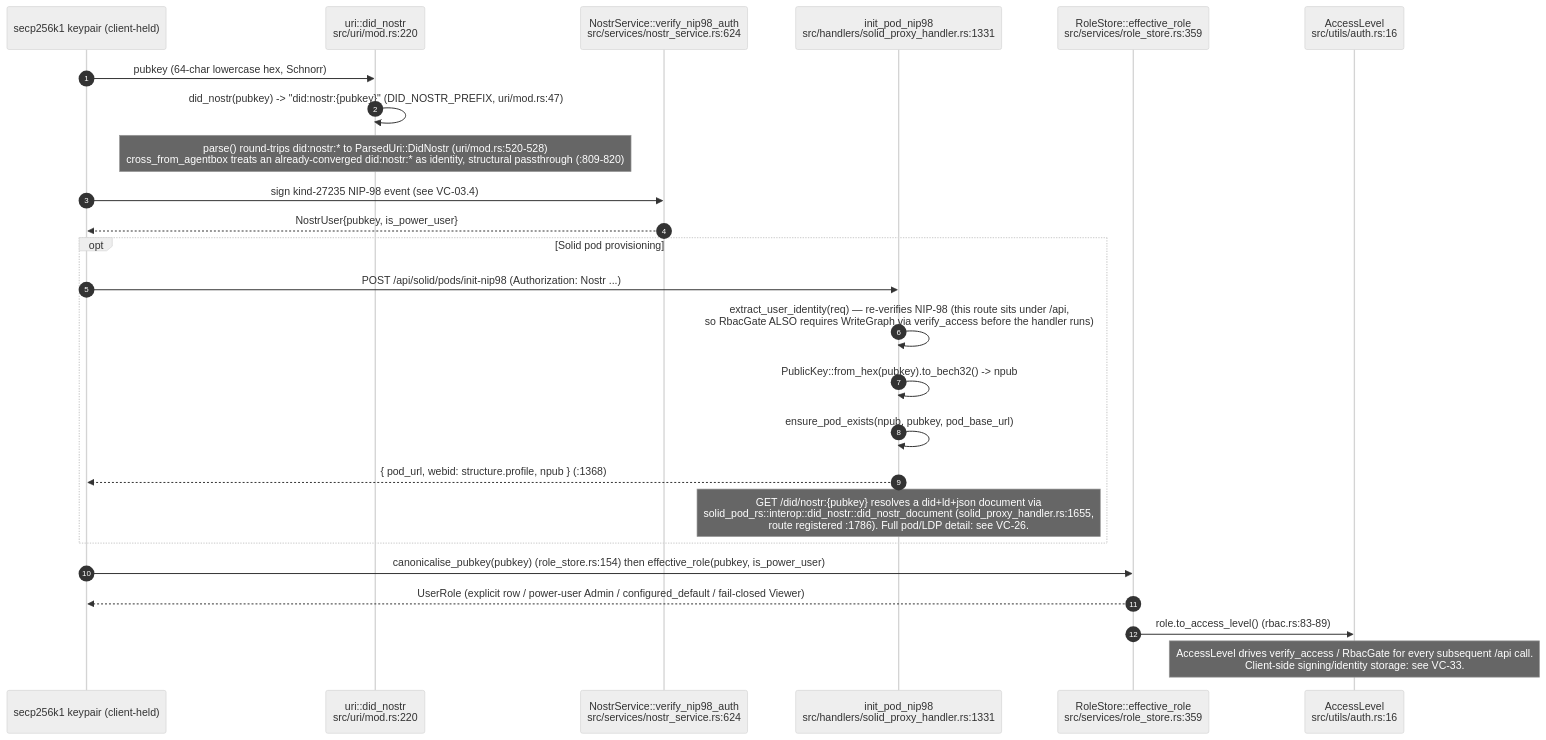
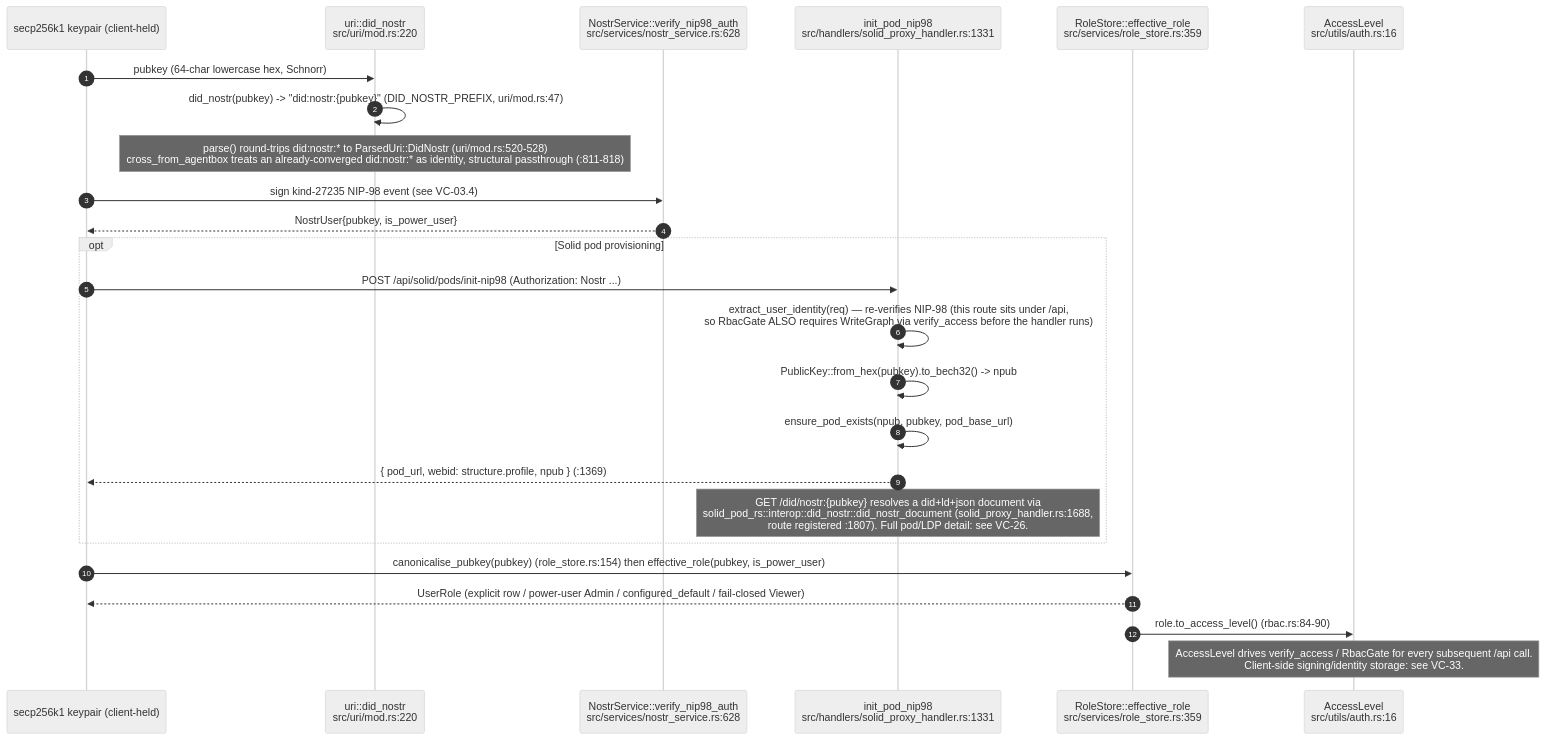
One commit to DreamLab-AI/VisionFlow changed diagram 12 of 14 in docs/diagrams/visionclaw/03-request-lifecycle-and-rbac.md. Above: the diagram before and after it, drawn with Mermaid (neutral theme). The commit also changed other lines of this file and 20 other files, not shown here.

Commit message:
docs(diagrams): reflect the S-3, S-7c/d/f and S-4(3) fixes in the corpus

````diff
--- a/docs/diagrams/visionclaw/03-request-lifecycle-and-rbac.md
+++ b/docs/diagrams/visionclaw/03-request-lifecycle-and-rbac.md
@@ -504,28 +538,28 @@
 ```mermaid
 sequenceDiagram
     autonumber
     participant K as secp256k1 keypair (client-held)
     participant U as uri::did_nostr<br/>src/uri/mod.rs:220
-    participant NS as NostrService::verify_nip98_auth<br/>src/services/nostr_service.rs:624
+    participant NS as NostrService::verify_nip98_auth<br/>src/services/nostr_service.rs:628
     participant SP as init_pod_nip98<br/>src/handlers/solid_proxy_handler.rs:1331
     participant RS as RoleStore::effective_role<br/>src/services/role_store.rs:359
     participant AL as AccessLevel<br/>src/utils/auth.rs:16
 
     K->>U: pubkey (64-char lowercase hex, Schnorr)
     U->>U: did_nostr(pubkey) -> "did:nostr:{pubkey}" (DID_NOSTR_PREFIX, uri/mod.rs:47)
-    Note over U: parse() round-trips did:nostr:* to ParsedUri::DidNostr (uri/mod.rs:520-528)<br/>cross_from_agentbox treats an already-converged did:nostr:* as identity, structural passthrough (:809-820)
+    Note over U: parse() round-trips did:nostr:* to ParsedUri::DidNostr (uri/mod.rs:520-528)<br/>cross_from_agentbox treats an already-converged did:nostr:* as identity, structural passthrough (:811-818)
     K->>NS: sign kind-27235 NIP-98 event (see VC-03.4)
     NS-->>K: NostrUser{pubkey, is_power_user}
     opt Solid pod provisioning
         K->>SP: POST /api/solid/pods/init-nip98 (Authorization: Nostr ...)
         SP->>SP: extract_user_identity(req) — re-verifies NIP-98 (this route sits under /api,<br/>so RbacGate ALSO requires WriteGraph via verify_access before the handler runs)
         SP->>SP: PublicKey::from_hex(pubkey).to_bech32() -> npub
         SP->>SP: ensure_pod_exists(npub, pubkey, pod_base_url)
-        SP-->>K: { pod_url, webid: structure.profile, npub } (:1368)
-        Note over SP: GET /did/nostr:{pubkey} resolves a did+ld+json document via<br/>solid_pod_rs::interop::did_nostr::did_nostr_document (solid_proxy_handler.rs:1655,<br/>route registered :1786). Full pod/LDP detail: see VC-26.
+        SP-->>K: { pod_url, webid: structure.profile, npub } (:1369)
+        Note over SP: GET /did/nostr:{pubkey} resolves a did+ld+json document via<br/>solid_pod_rs::interop::did_nostr::did_nostr_document (solid_proxy_handler.rs:1688,<br/>route registered :1807). Full pod/LDP detail: see VC-26.
     end
     K->>RS: canonicalise_pubkey(pubkey) (role_store.rs:154) then effective_role(pubkey, is_power_user)
     RS-->>K: UserRole (explicit row / power-user Admin / configured_default / fail-closed Viewer)
-    RS->>AL: role.to_access_level() (rbac.rs:83-89)
+    RS->>AL: role.to_access_level() (rbac.rs:84-90)
     Note over AL: AccessLevel drives verify_access / RbacGate for every subsequent /api call.<br/>Client-side signing/identity storage: see VC-33.
 ```
````
